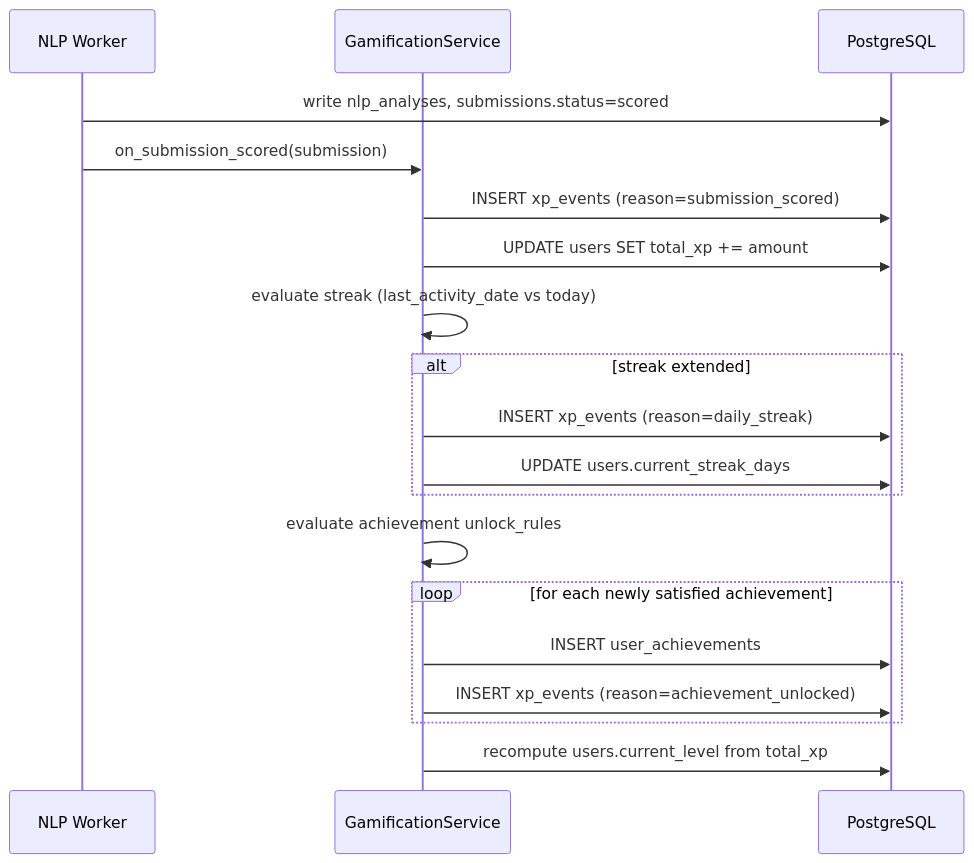
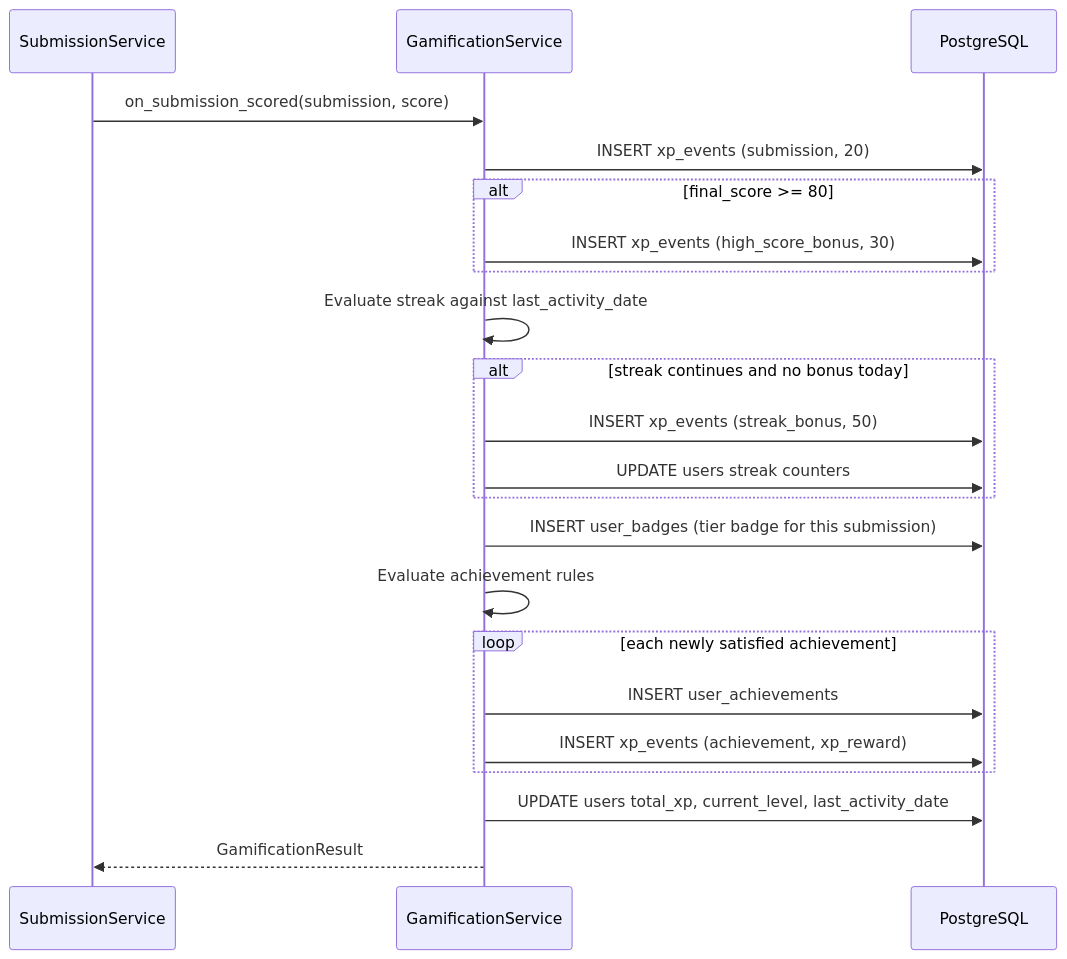
The diagram in docs/architecture/09-gamification-architecture.md (rayhandevcs-tech/graphmaster-ai), drawn with Mermaid before and after one commit. The commit also changed other lines of this file and 13 other files, not shown here.

First line of the commit message:
docs: realign architecture to product specification, add plan and SRS

````diff
--- a/docs/architecture/09-gamification-architecture.md
+++ b/docs/architecture/09-gamification-architecture.md
@@ -23,22 +220,25 @@
 ```mermaid
 sequenceDiagram
-    participant NLP as NLP Worker
+    participant SS as SubmissionService
     participant GS as GamificationService
     participant DB as PostgreSQL
 
-    NLP->>DB: write nlp_analyses, submissions.status=scored
-    NLP->>GS: on_submission_scored(submission)
-    GS->>DB: INSERT xp_events (reason=submission_scored)
-    GS->>DB: UPDATE users SET total_xp += amount
-    GS->>GS: evaluate streak (last_activity_date vs today)
-    alt streak extended
-        GS->>DB: INSERT xp_events (reason=daily_streak)
-        GS->>DB: UPDATE users.current_streak_days
+    SS->>GS: on_submission_scored(submission, score)
+    GS->>DB: INSERT xp_events (submission, 20)
+    alt final_score >= 80
+        GS->>DB: INSERT xp_events (high_score_bonus, 30)
     end
-    GS->>GS: evaluate achievement unlock_rules
-    loop for each newly satisfied achievement
+    GS->>GS: Evaluate streak against last_activity_date
+    alt streak continues and no bonus today
+        GS->>DB: INSERT xp_events (streak_bonus, 50)
+        GS->>DB: UPDATE users streak counters
+    end
+    GS->>DB: INSERT user_badges (tier badge for this submission)
+    GS->>GS: Evaluate achievement rules
+    loop each newly satisfied achievement
         GS->>DB: INSERT user_achievements
-        GS->>DB: INSERT xp_events (reason=achievement_unlocked)
+        GS->>DB: INSERT xp_events (achievement, xp_reward)
     end
-    GS->>DB: recompute users.current_level from total_xp
+    GS->>DB: UPDATE users total_xp, current_level, last_activity_date
+    GS-->>SS: GamificationResult
 ```
````
